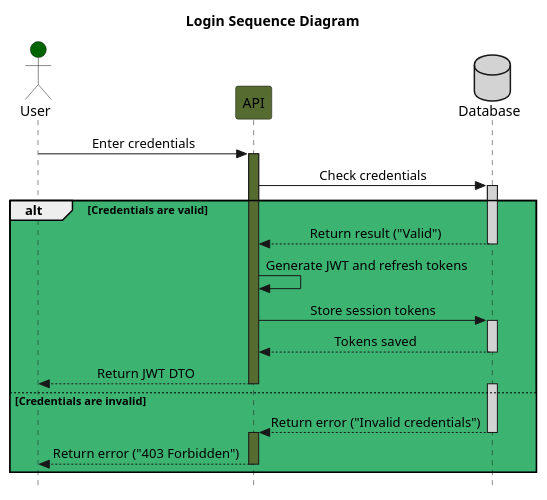
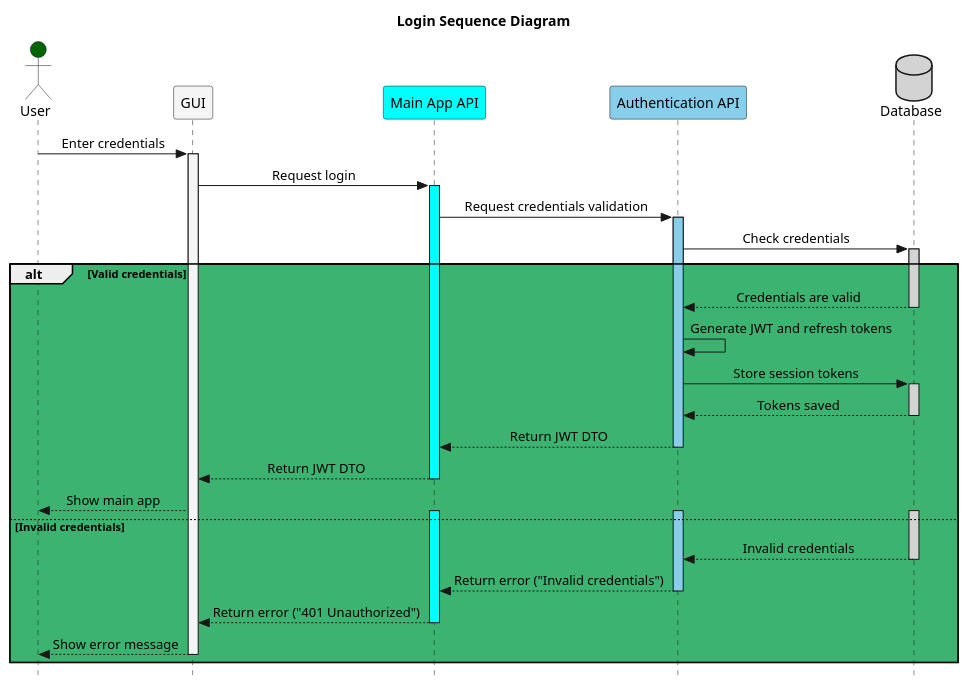
The diagram in docs/src/diagrams/Sequence_diagram_Login.puml (Arquisoft/wichat_en1a), drawn with PlantUML before and after one commit. The commit also changed 7 other files, not shown here.

```diff
--- a/docs/src/diagrams/Sequence_diagram_Login.puml
+++ b/docs/src/diagrams/Sequence_diagram_Login.puml
@@ -1,33 +1,47 @@
 @startuml login
 title Login Sequence Diagram
 
 actor User #DarkGreen
-participant API as "API" #DarkOliveGreen
+participant GUI as "GUI" #WhiteSmoke
+participant mainAPI as "Main App API" #Aqua
+participant authAPI as "Authentication API" #SkyBlue
 database DB as "Database" #LightGray
 
 skinparam Style strictuml
 skinparam SequenceMessageAlignment center
 
-User -> API : Enter credentials
-activate API #DarkOliveGreen
-API -> DB : Check credentials
+User -> GUI : Enter credentials
+activate GUI #WhiteSmoke
+GUI -> mainAPI : Request login
+activate mainAPI #Aqua
+mainAPI -> authAPI : Request credentials validation
+activate authAPI #SkyBlue
+authAPI -> DB : Check credentials
 activate DB #LightGray
-alt #MediumSeaGreen Credentials are valid
-    DB --> API : Return result ("Valid")
+alt #MediumSeaGreen Valid credentials
+    DB --> authAPI : Credentials are valid
     deactivate DB
-    API -> API : Generate JWT and refresh tokens
-    API -> DB : Store session tokens
+    authAPI -> authAPI : Generate JWT and refresh tokens
+    authAPI -> DB : Store session tokens
     activate DB #LightGray
-    DB --> API : Tokens saved
+    DB --> authAPI : Tokens saved
     deactivate DB
-    API --> User : Return JWT DTO
-    deactivate API
-else Credentials are invalid
+    authAPI --> mainAPI : Return JWT DTO
+    deactivate authAPI
+    mainAPI --> GUI : Return JWT DTO
+    deactivate mainAPI
+    GUI --> User : Show main app
+else Invalid credentials
     activate DB #LightGray
-    DB --> API : Return error ("Invalid credentials")
+    activate authAPI #SkyBlue
+    activate mainAPI #Aqua
+    DB --> authAPI : Invalid credentials
     deactivate DB
-    activate API #DarkOliveGreen
-    API --> User : Return error ("403 Forbidden")
-    deactivate API
+    authAPI --> mainAPI : Return error ("Invalid credentials")
+    deactivate authAPI
+    mainAPI --> GUI : Return error ("401 Unauthorized")
+    deactivate mainAPI
+    GUI --> User : Show error message
+    deactivate GUI
 end
 @enduml
```
